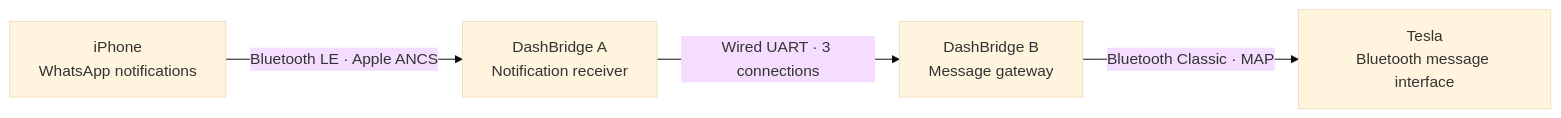
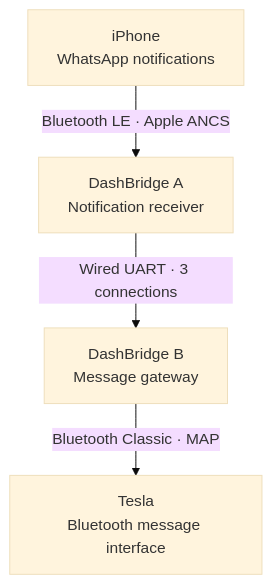
Before and after one commit to thomasgregg/DashBridge: the diagram in README.md, drawn with Mermaid (base theme). The commit also changed 1 other file, not shown here.

Commit message:
docs: improve architecture diagram on narrow screens [skip ci]

````diff
--- a/README.md
+++ b/README.md
@@ -44,11 +44,11 @@
 ```mermaid
-flowchart LR
+flowchart TB
     phone["iPhone<br/>WhatsApp notifications"]
     receiver["DashBridge A<br/>Notification receiver"]
     gateway["DashBridge B<br/>Message gateway"]
     car["Tesla<br/>Bluetooth message interface"]
 
     phone -->|"Bluetooth LE · Apple ANCS"| receiver
     receiver -->|"Wired UART · 3 connections"| gateway
     gateway -->|"Bluetooth Classic · MAP"| car
 ```
````
